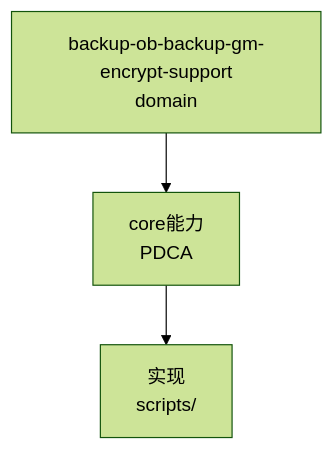
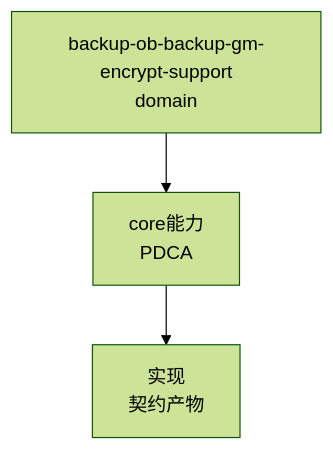
The diagram in ontology/domain/zfs/backup-ob-backup-gm-encrypt-support.md (MyBlackHole/pdca-workflow), drawn with Mermaid (forest theme) before and after one commit. The commit also changed other lines of this file and 8256 other files, not shown here.

````diff
--- a/ontology/domain/zfs/backup-ob-backup-gm-encrypt-support.md
+++ b/ontology/domain/zfs/backup-ob-backup-gm-encrypt-support.md
@@ -68,6 +81,6 @@
 ```mermaid
 graph TD
     A[backup-ob-backup-gm-encrypt-support<br/>domain] --> B[core能力<br/>PDCA]
-    B --> C[实现<br/>scripts/]
-    %% Source: ontology/domain/backup-ob-backup-gm-encrypt-support.md:1 + ontology/concept/ontology-fidelity-criterion.md:1
+    B --> C[实现<br/>契约产物]
+    %% Source: ontology/domain/zfs/backup-ob-backup-gm-encrypt-support.md:1 + ontology/concept/ontology-fidelity-criterion.md:1
 ```
````
